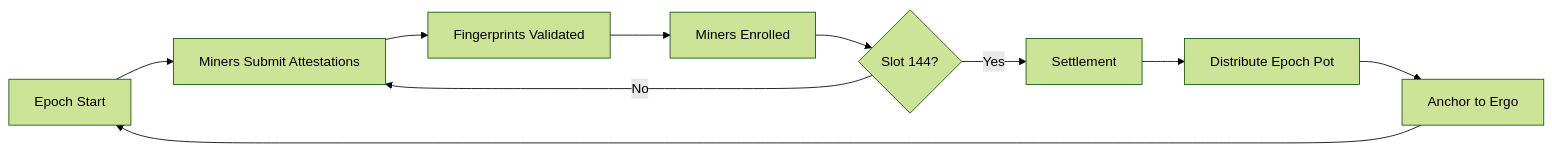
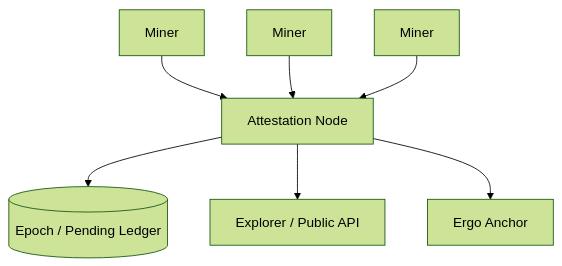
Before and after one commit to Scottcjn/Rustchain: the second of 2 diagrams in docs/PROTOCOL.md, drawn with Mermaid (forest theme). The commit also changed other lines of this file, not shown here.

````diff
--- a/docs/PROTOCOL.md
+++ b/docs/PROTOCOL.md
@@ -39,12 +186,10 @@
 ```mermaid
-graph LR
-    A[Epoch Start] --> B[Miners Submit Attestations]
-    B --> C[Fingerprints Validated]
-    C --> D[Miners Enrolled]
-    D --> E{Slot 144?}
-    E -->|No| B
-    E -->|Yes| F[Settlement]
-    F --> G[Distribute Epoch Pot]
-    G --> H[Anchor to Ergo]
-    H --> A
+graph TD
+    Miner1[Miner] --> Node[Attestation Node]
+    Miner2[Miner] --> Node
+    Miner3[Miner] --> Node
+
+    Node --> Ledger[(Epoch / Pending Ledger)]
+    Node --> Explorer[Explorer / Public API]
+    Node --> Anchor[Ergo Anchor]
 ```
````
